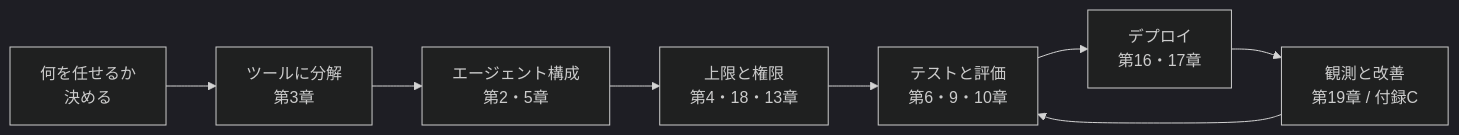
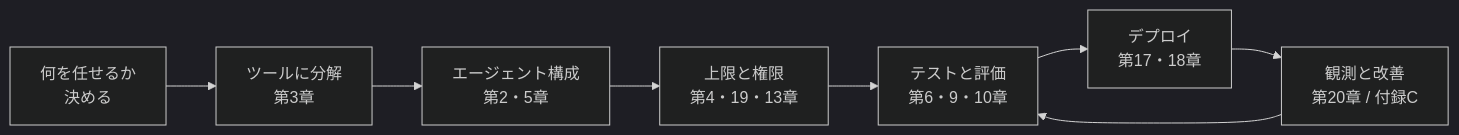
Before and after one commit to Relic-Kamakura/agent-platform: the second of 2 diagrams in README.md, drawn with Mermaid (dark theme). The commit also changed other lines of this file and 66 other files, not shown here.

````diff
--- a/README.md
+++ b/README.md
@@ -118,10 +117,10 @@
 ```mermaid
 graph LR
     A["何を任せるか<br/>決める"] --> B["ツールに分解<br/>第3章"]
     B --> C["エージェント構成<br/>第2・5章"]
-    C --> D["上限と権限<br/>第4・18・13章"]
+    C --> D["上限と権限<br/>第4・19・13章"]
     D --> E["テストと評価<br/>第6・9・10章"]
-    E --> F["デプロイ<br/>第16・17章"]
-    F --> G["観測と改善<br/>第19章 / 付録C"]
+    E --> F["デプロイ<br/>第17・18章"]
+    F --> G["観測と改善<br/>第20章 / 付録C"]
     G --> E
 ```
````
